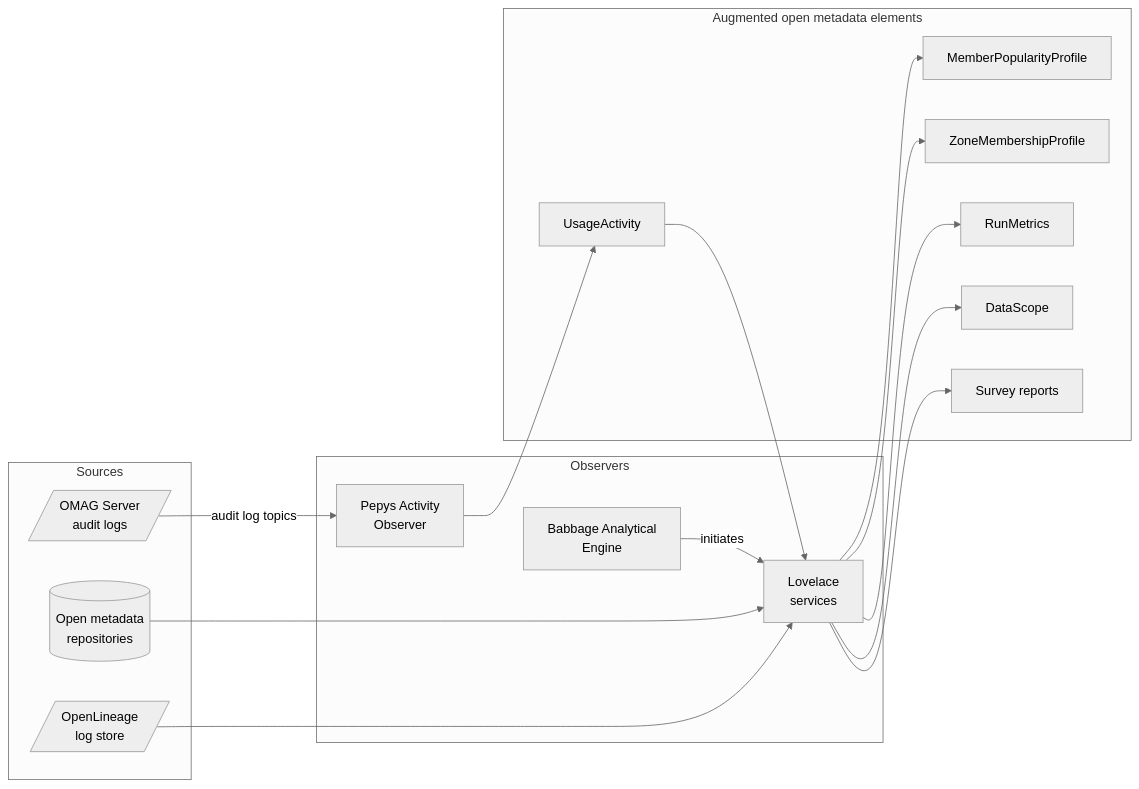
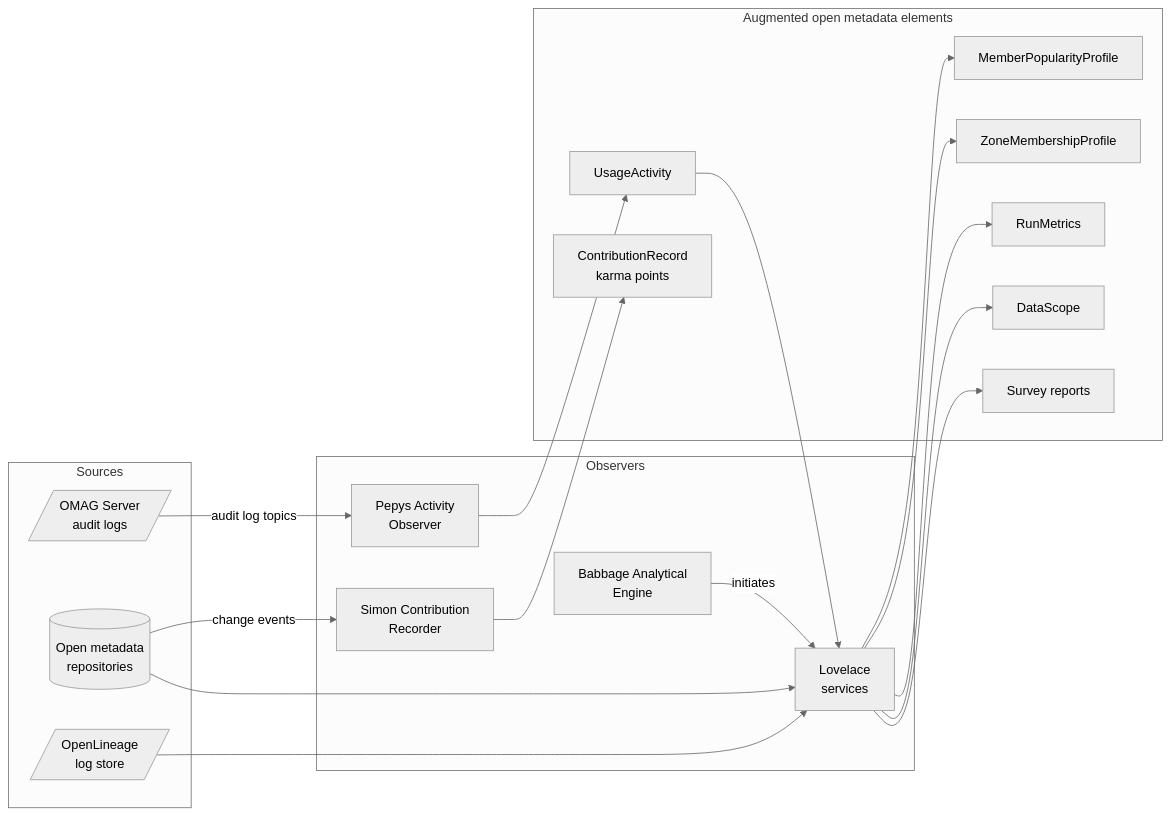
The first of 3 diagrams in site/docs/features/metadata-observability/overview.md (odpi/egeria-docs), drawn with Mermaid (neutral theme) before and after one commit. The commit also changed other lines of this file and 17 other files, not shown here.

````diff
--- a/site/docs/features/metadata-observability/overview.md
+++ b/site/docs/features/metadata-observability/overview.md
@@ -16,32 +16,36 @@
 ```mermaid
 flowchart LR
     subgraph Sources
         OM[(Open metadata<br/>repositories)]
         AL[/OMAG Server<br/>audit logs/]
         OL[/OpenLineage<br/>log store/]
     end
     subgraph Observers
         PEPYS[Pepys Activity<br/>Observer]
+        SIMON[Simon Contribution<br/>Recorder]
         BABBAGE[Babbage Analytical<br/>Engine]
         LOVELACE[Lovelace<br/>services]
     end
     subgraph Augmented["Augmented open metadata elements"]
         UA[UsageActivity]
         MPP[MemberPopularityProfile]
         ZMP[ZoneMembershipProfile]
         RM[RunMetrics]
         DS[DataScope]
         SR[Survey reports]
+        CR[ContributionRecord<br/>karma points]
     end
     AL -- audit log topics --> PEPYS
     PEPYS --> UA
+    OM -- change events --> SIMON
+    SIMON --> CR
     BABBAGE -- initiates --> LOVELACE
     OM --> LOVELACE
     OL --> LOVELACE
     UA --> LOVELACE
     LOVELACE --> MPP
     LOVELACE --> ZMP
     LOVELACE --> RM
     LOVELACE --> DS
     LOVELACE --> SR
 ```
````
